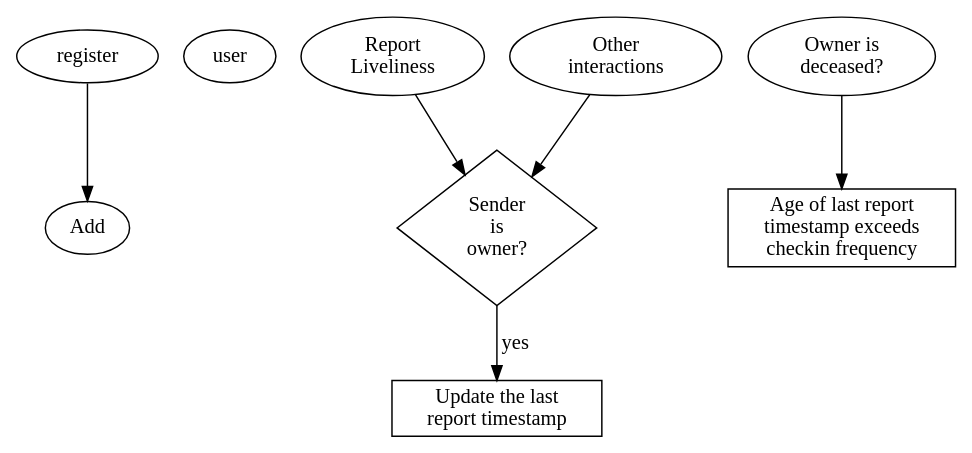
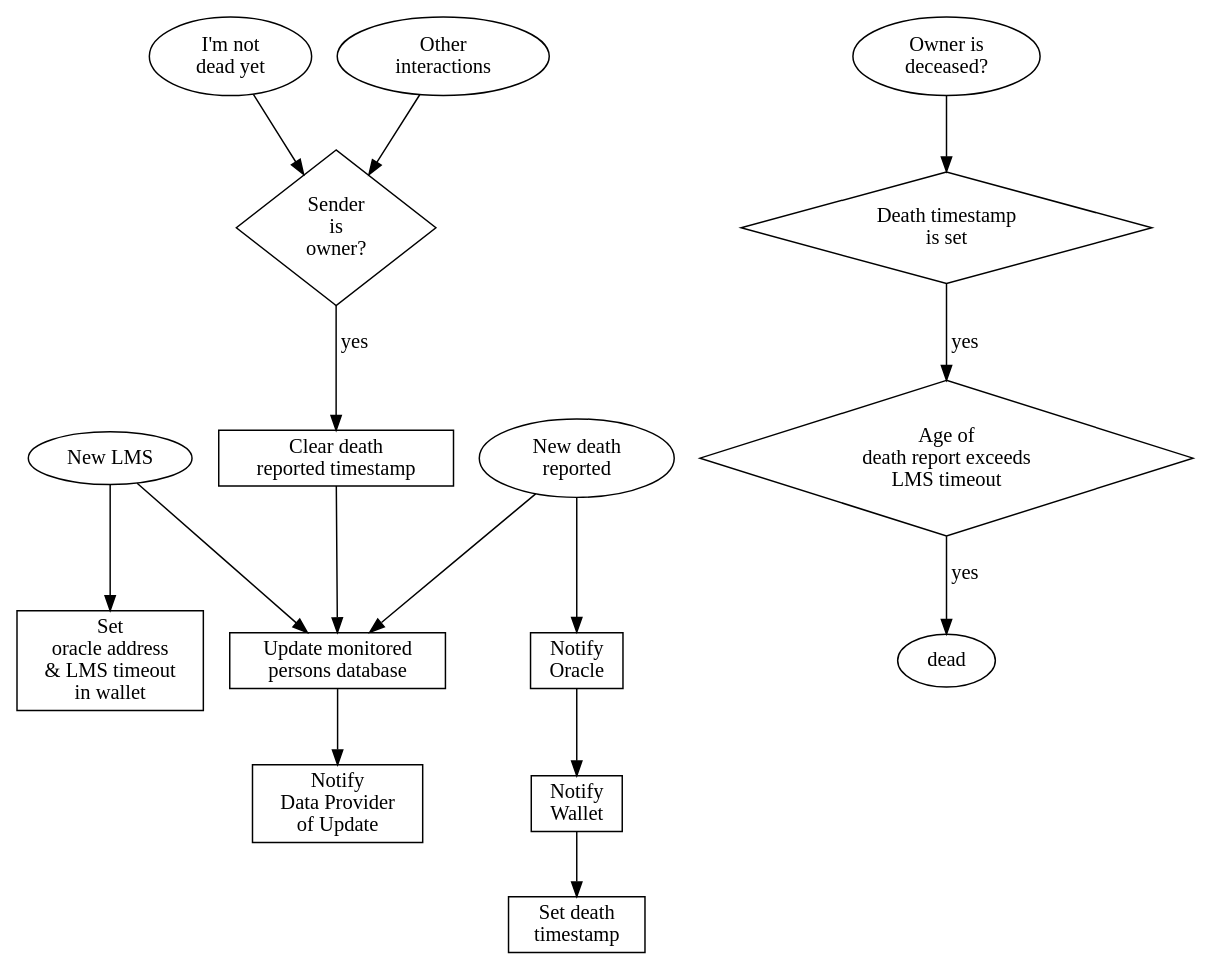
One commit to BatmansButler/GECO-Proposal changed the diagram in illustrations/lms.dot. Above: the diagram before and after it, drawn with Graphviz. The commit also changed 1 other file, not shown here.

Commit message:
Add LMS workflow.

```diff
--- a/illustrations/lms.dot
+++ b/illustrations/lms.dot
@@ -1,20 +1,40 @@
 digraph LiveManSwitch {
-    # Register
-    register->Add user
+    # Setup
+    register [label="New LMS"]
+    AddUserToMonitoring [label="Update monitored\npersons database" shape=rectangle]
+    SendUserMonitoringFile [label="Notify\nData Provider\nof Update" shape=rectangle]
+    SetupWallet [label="Set\noracle address\n& LMS timeout\nin wallet" shape=rectangle]
 
-    # Dead man switch node
-    report [label="Report\nLiveliness"]
+    register -> AddUserToMonitoring -> SendUserMonitoringFile
+    register -> SetupWallet
+
+    # Monitor user
+    MonitoringReportReceived [label="New death\nreported"]
+    SendDeathUpdatesToOracleContract [label="Notify\nOracle" shape=rectangle]
+    SendNotificationToWallet [label="Notify\nWallet" shape=rectangle]
+    SetDeathReportedDate [label="Set death\ntimestamp" shape=rectangle]
+
+    MonitoringReportReceived -> AddUserToMonitoring
+    MonitoringReportReceived -> SendDeathUpdatesToOracleContract -> SendNotificationToWallet -> SetDeathReportedDate
+
+    # INDY detection
+    report [label="I'm not\ndead yet"]
     other [label="Other\ninteractions"]
     checkOwnerKey [label="Sender\nis\nowner?" shape="diamond"]
-    updateLiveliness [label="Update the last\nreport timestamp", shape=box]
+    updateLiveliness [label="Clear death\nreported timestamp", shape=box]
 
     # Dead man switch connections
     report->checkOwnerKey;
     other->checkOwnerKey;
     checkOwnerKey -> updateLiveliness [label="yes"];
+    updateLiveliness->AddUserToMonitoring
 
     # Owner deceased condition
     ownerIsDeceased [label="Owner is\ndeceased?"]
-    ownerDeceasedCondition [label="Age of last report\ntimestamp exceeds\ncheckin frequency" shape="box"]
-    ownerIsDeceased -> ownerDeceasedCondition
+    ownerReportedDead [label="Death timestamp\nis set" shape="diamond"]
+    deathReportAged [label="Age of\ndeath report exceeds\nLMS timeout" shape=diamond]
+
+    ownerIsDeceased -> ownerReportedDead
+    ownerReportedDead -> deathReportAged[label=yes]
+    deathReportAged -> dead[label=yes]
 }
```
